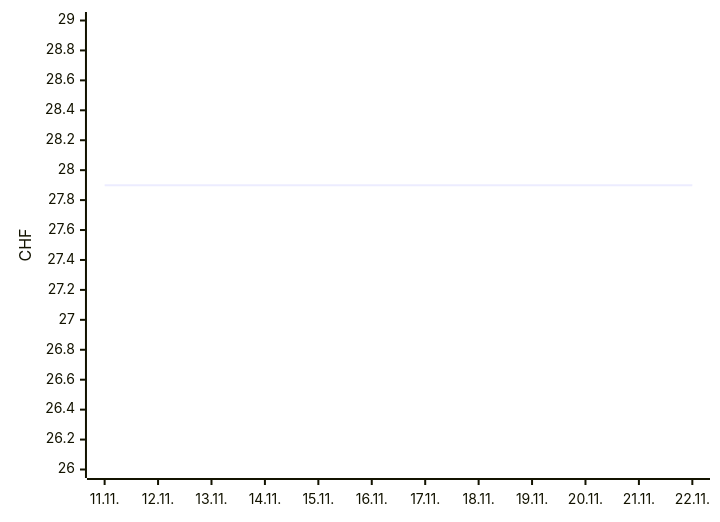
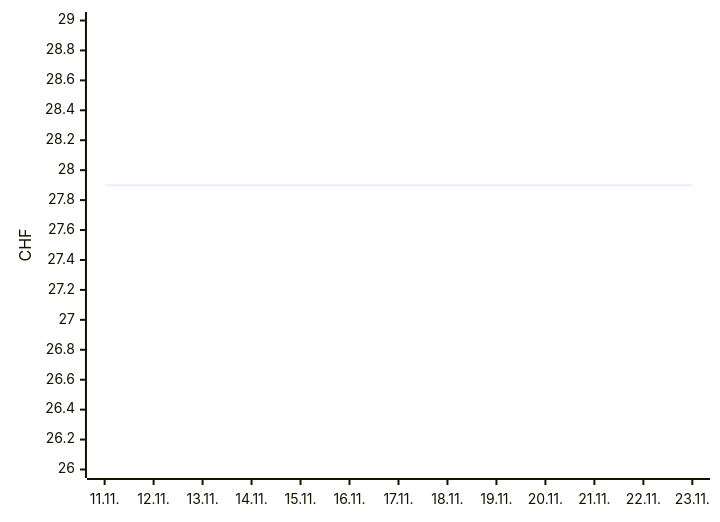
Before and after one commit to Akira2828/my-Galaxus-MCP: the first of 2 diagrams in README.md, drawn with Mermaid. The commit also changed other lines of this file and 1 other file, not shown here.

````diff
--- a/README.md
+++ b/README.md
@@ -16,6 +16,6 @@
 ```mermaid
 xychart-beta
-  x-axis ["11.11.", "12.11.", "13.11.", "14.11.", "15.11.", "16.11.", "17.11.", "18.11.", "19.11.", "20.11.", "21.11.", "22.11."]
+  x-axis ["11.11.", "12.11.", "13.11.", "14.11.", "15.11.", "16.11.", "17.11.", "18.11.", "19.11.", "20.11.", "21.11.", "22.11.", "23.11."]
   y-axis "CHF" 26 --> 29
-  line [27.9, 27.9, 27.9, 27.9, 27.9, 27.9, 27.9, 27.9, 27.9, 27.9, 27.9, 27.9]
+  line [27.9, 27.9, 27.9, 27.9, 27.9, 27.9, 27.9, 27.9, 27.9, 27.9, 27.9, 27.9, 27.9]
 ```
````
